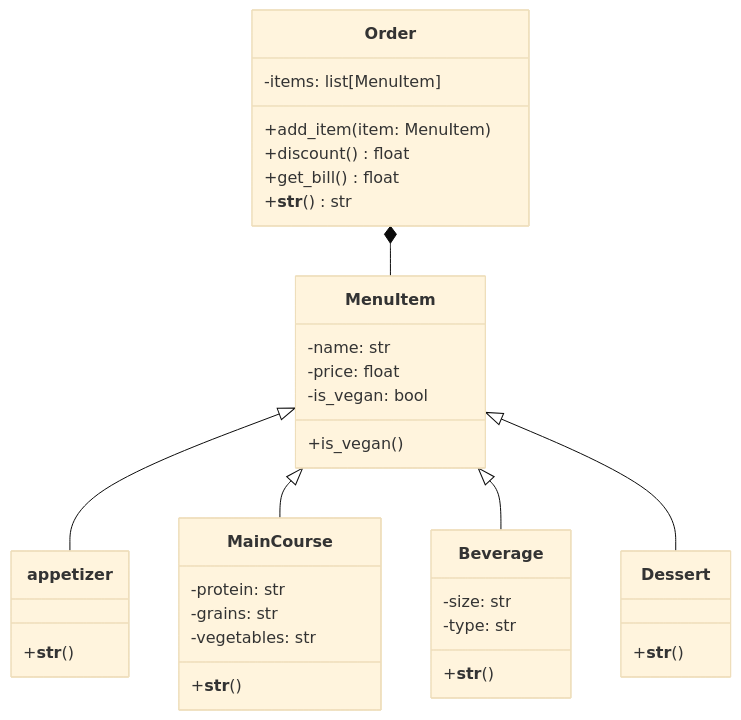
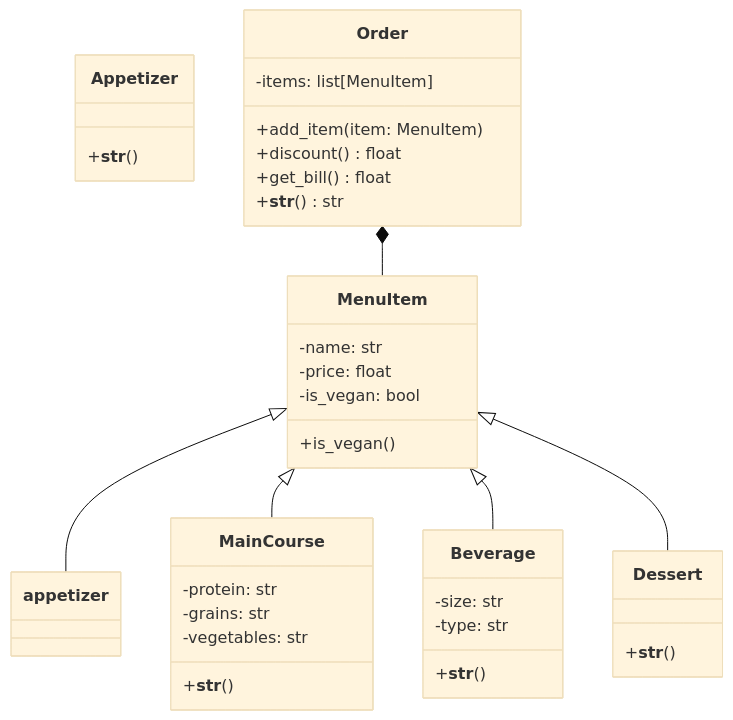
Before and after one commit to daseb-xd/RETO_3: the diagram in README.md, drawn with Mermaid (base theme).

````diff
--- a/README.md
+++ b/README.md
@@ -4,44 +4,44 @@
 ```mermaid
 classDiagram
     class MenuItem {
         -name: str
         -price: float
         -is_vegan: bool
         +is_vegan()
     }
 
-    class appetizer {
+    class Appetizer {
         +__str__()
     }
 
     class MainCourse {
         -protein: str
         -grains: str
         -vegetables: str
         +__str__()
     }
 
     class Beverage {
         -size: str
         -type: str
         +__str__()
     }
 
     class Dessert {
         +__str__()
     }
 
     class Order {
         -items: list[MenuItem]
         +add_item(item: MenuItem)
         +discount() float
         +get_bill() float
         +__str__() str
     }
 
     MenuItem <|-- appetizer
     MenuItem <|-- MainCourse
     MenuItem <|-- Beverage
     MenuItem <|-- Dessert
     Order *-- MenuItem 
 ```
````
